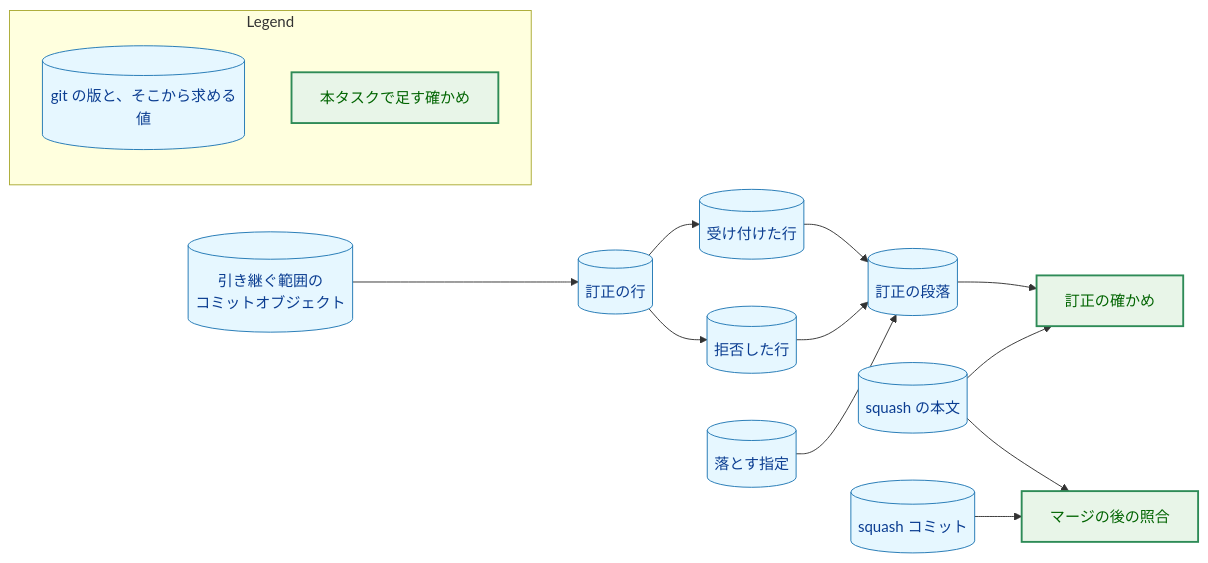
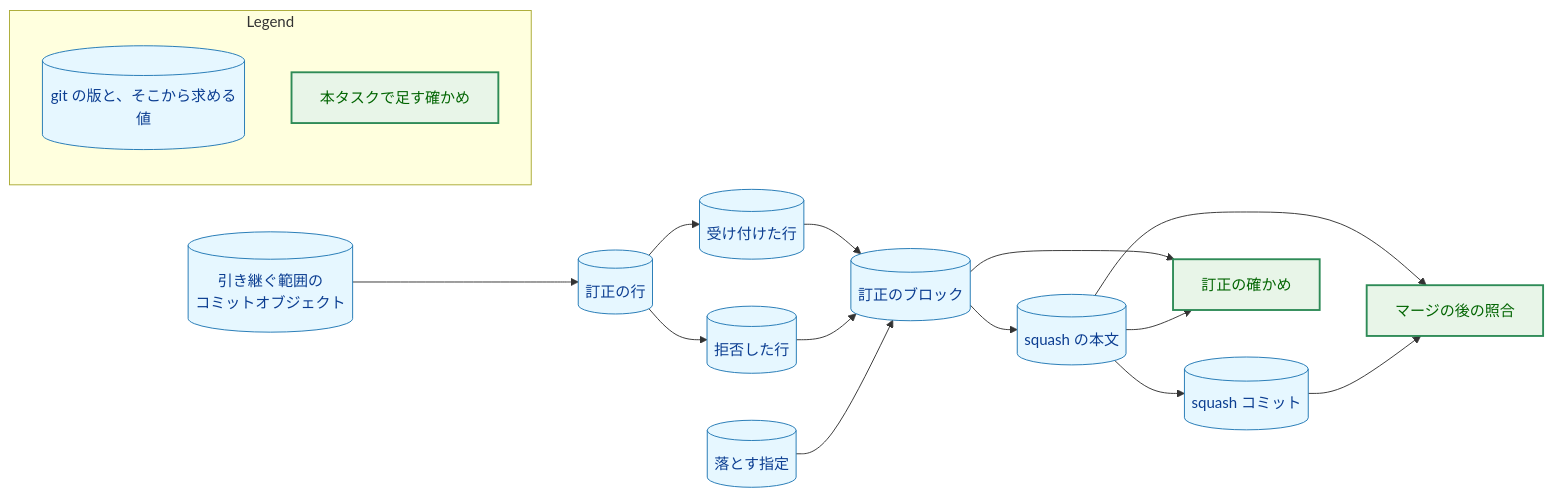
The first of 5 diagrams in docs/tasks/0106_squash_editorial_corrections/02_architecture.md (isseis/yt2column), drawn with Mermaid before and after one commit. The commit also changed other lines of this file, not shown here.

First line of the commit message:
docs(0106): address the architecture review and the Japanese prose pass

````diff
--- a/docs/tasks/0106_squash_editorial_corrections/02_architecture.md
+++ b/docs/tasks/0106_squash_editorial_corrections/02_architecture.md
@@ -85,37 +88,39 @@
 ```mermaid
 flowchart LR
     classDef data fill:#e6f7ff,stroke:#1f77b4,stroke-width:1px,color:#0b3d91;
     classDef enhanced fill:#e8f5e8,stroke:#2e8b57,stroke-width:2px,color:#006400;
 
     RANGE[("引き継ぐ範囲の<br>コミットオブジェクト")]
     LINES[("訂正の行")]
     ACCEPTED[("受け付けた行")]
     REJECTED[("拒否した行")]
     DROPS[("落とす指定")]
-    PARAGRAPH[("訂正の段落")]
+    BLOCK[("訂正のブロック")]
     BODY[("squash の本文")]
     MERGED[("squash コミット")]
     CHECK["訂正の確かめ"]
     AFTER["マージの後の照合"]
 
     RANGE --> LINES
     LINES --> ACCEPTED
     LINES --> REJECTED
-    ACCEPTED --> PARAGRAPH
-    REJECTED --> PARAGRAPH
-    DROPS --> PARAGRAPH
-    PARAGRAPH --> CHECK
+    ACCEPTED --> BLOCK
+    REJECTED --> BLOCK
+    DROPS --> BLOCK
+    BLOCK --> BODY
+    BODY --> MERGED
+    BLOCK --> CHECK
     BODY --> CHECK
     BODY --> AFTER
     MERGED --> AFTER
 
-    class RANGE,LINES,ACCEPTED,REJECTED,DROPS,PARAGRAPH,BODY,MERGED data
+    class RANGE,LINES,ACCEPTED,REJECTED,DROPS,BLOCK,BODY,MERGED data
     class CHECK,AFTER enhanced
 
     subgraph Legend["Legend"]
         L1[("git の版と、そこから求める値")]
         L2["本タスクで足す確かめ"]
     end
     class L1 data
     class L2 enhanced
 ```
````
